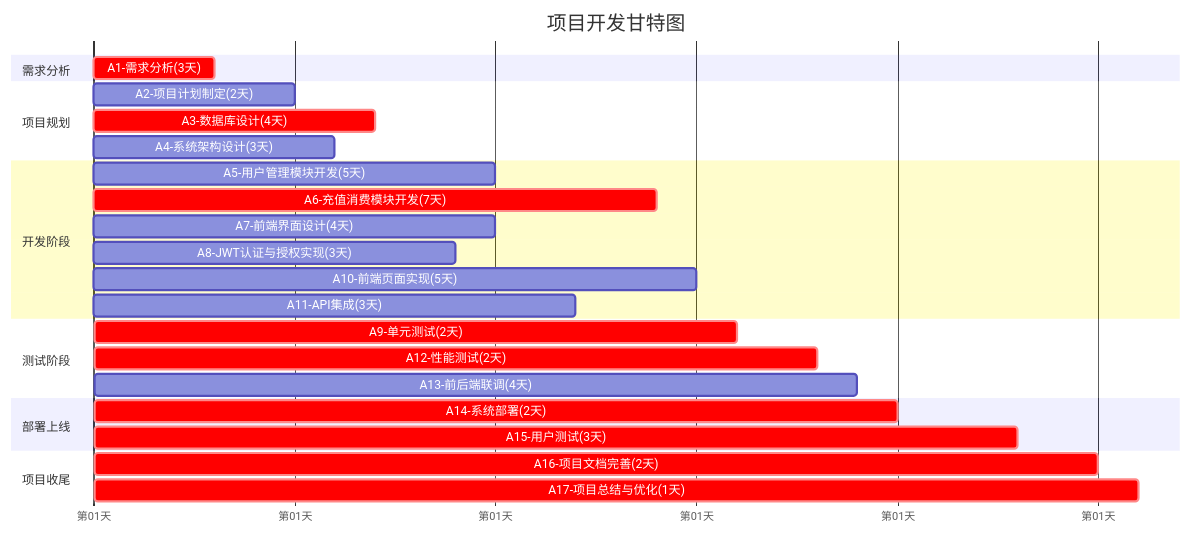
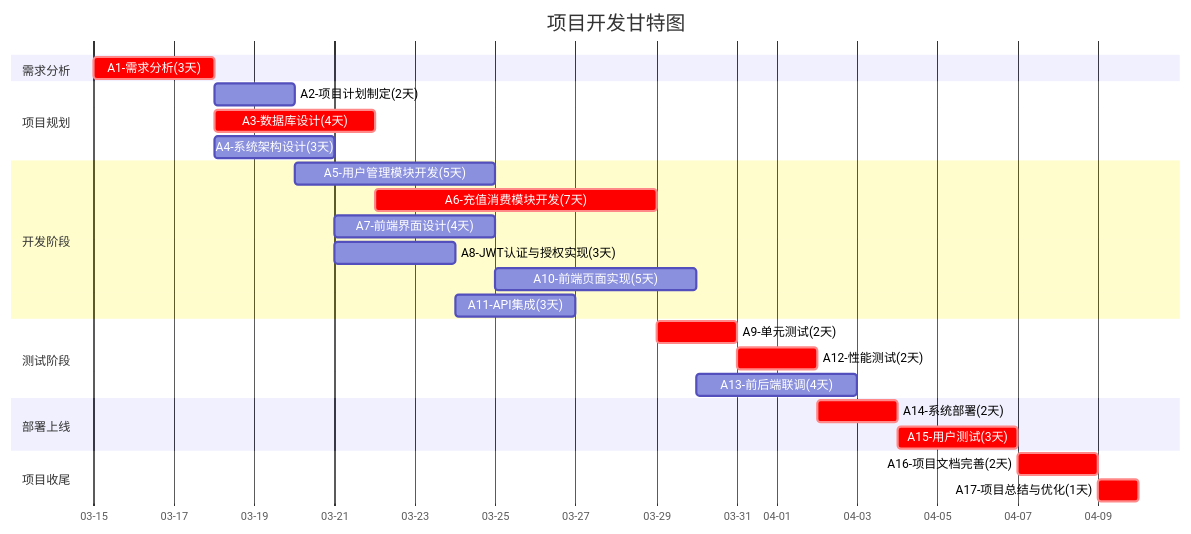
One commit to jingxinglao/lab changed the diagram in 每周实验/lab5/项目甘特图.md. Above: the diagram before and after it, drawn with Mermaid. The commit also changed other lines of this file, not shown here.

````diff
--- a/每周实验/lab5/项目甘特图.md
+++ b/每周实验/lab5/项目甘特图.md
@@ -10,35 +10,35 @@
 ```mermaid
 gantt
     title 项目开发甘特图
-    dateFormat  X
-    axisFormat 第%d天
+    dateFormat  YYYY-MM-DD
+    axisFormat  %m-%d
     
     section 需求分析
-    A1-需求分析(3天)           :crit, a1, 0, 3
+    A1-需求分析(3天)           :crit, a1, 2025-03-15, 3d
     
     section 项目规划
-    A2-项目计划制定(2天)       :a2, 3, 5
-    A3-数据库设计(4天)         :crit, a3, 3, 7
-    A4-系统架构设计(3天)       :a4, 3, 6
+    A2-项目计划制定(2天)       :a2, 2025-03-18, 2d
+    A3-数据库设计(4天)         :crit, a3, 2025-03-18, 4d
+    A4-系统架构设计(3天)       :a4, 2025-03-18, 3d
     
     section 开发阶段  
-    A5-用户管理模块开发(5天)   :a5, 5, 10
-    A6-充值消费模块开发(7天)   :crit, a6, 7, 14
-    A7-前端界面设计(4天)       :a7, 6, 10
-    A8-JWT认证与授权实现(3天)  :a8, 6, 9
-    A10-前端页面实现(5天)      :a10, 10, 15
-    A11-API集成(3天)           :a11, 9, 12
+    A5-用户管理模块开发(5天)   :a5, 2025-03-20, 5d
+    A6-充值消费模块开发(7天)   :crit, a6, 2025-03-22, 7d
+    A7-前端界面设计(4天)       :a7, 2025-03-21, 4d
+    A8-JWT认证与授权实现(3天)  :a8, 2025-03-21, 3d
+    A10-前端页面实现(5天)      :a10, 2025-03-25, 5d
+    A11-API集成(3天)           :a11, 2025-03-24, 3d
     
     section 测试阶段
-    A9-单元测试(2天)          :crit, a9, 14, 16
-    A12-性能测试(2天)         :crit, a12, 16, 18
-    A13-前后端联调(4天)       :a13, 15, 19
+    A9-单元测试(2天)          :crit, a9, 2025-03-29, 2d
+    A12-性能测试(2天)         :crit, a12, 2025-03-31, 2d
+    A13-前后端联调(4天)       :a13, 2025-03-30, 4d
     
     section 部署上线
-    A14-系统部署(2天)         :crit, a14, 18, 20
-    A15-用户测试(3天)         :crit, a15, 20, 23
+    A14-系统部署(2天)         :crit, a14, 2025-04-02, 2d
+    A15-用户测试(3天)         :crit, a15, 2025-04-04, 3d
     
     section 项目收尾
-    A16-项目文档完善(2天)     :crit, a16, 23, 25
-    A17-项目总结与优化(1天)   :crit, a17, 25, 26
+    A16-项目文档完善(2天)     :crit, a16, 2025-04-07, 2d
+    A17-项目总结与优化(1天)   :crit, a17, 2025-04-09, 1d
 ```
````
